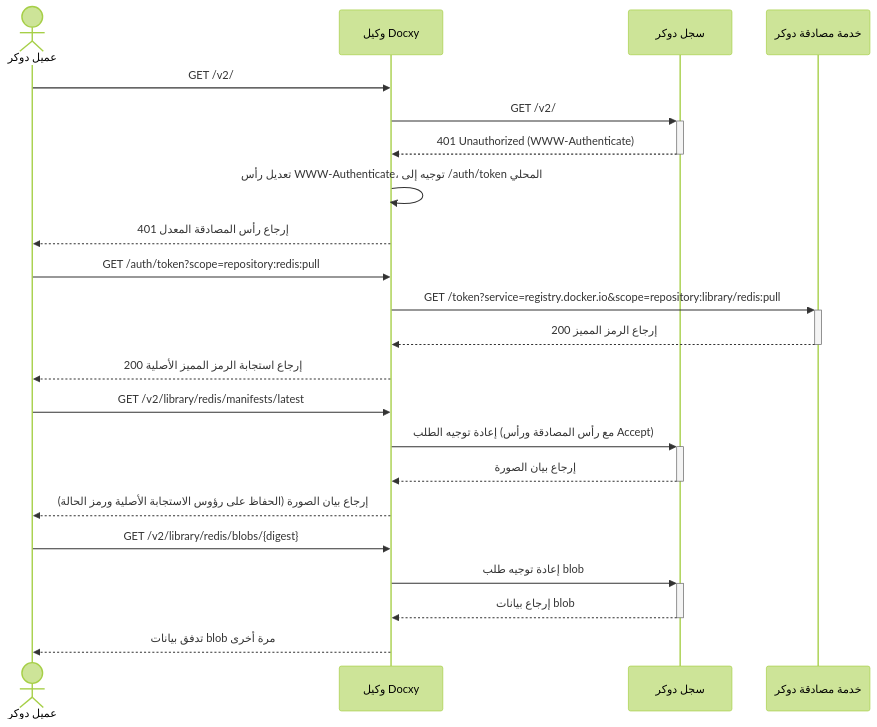
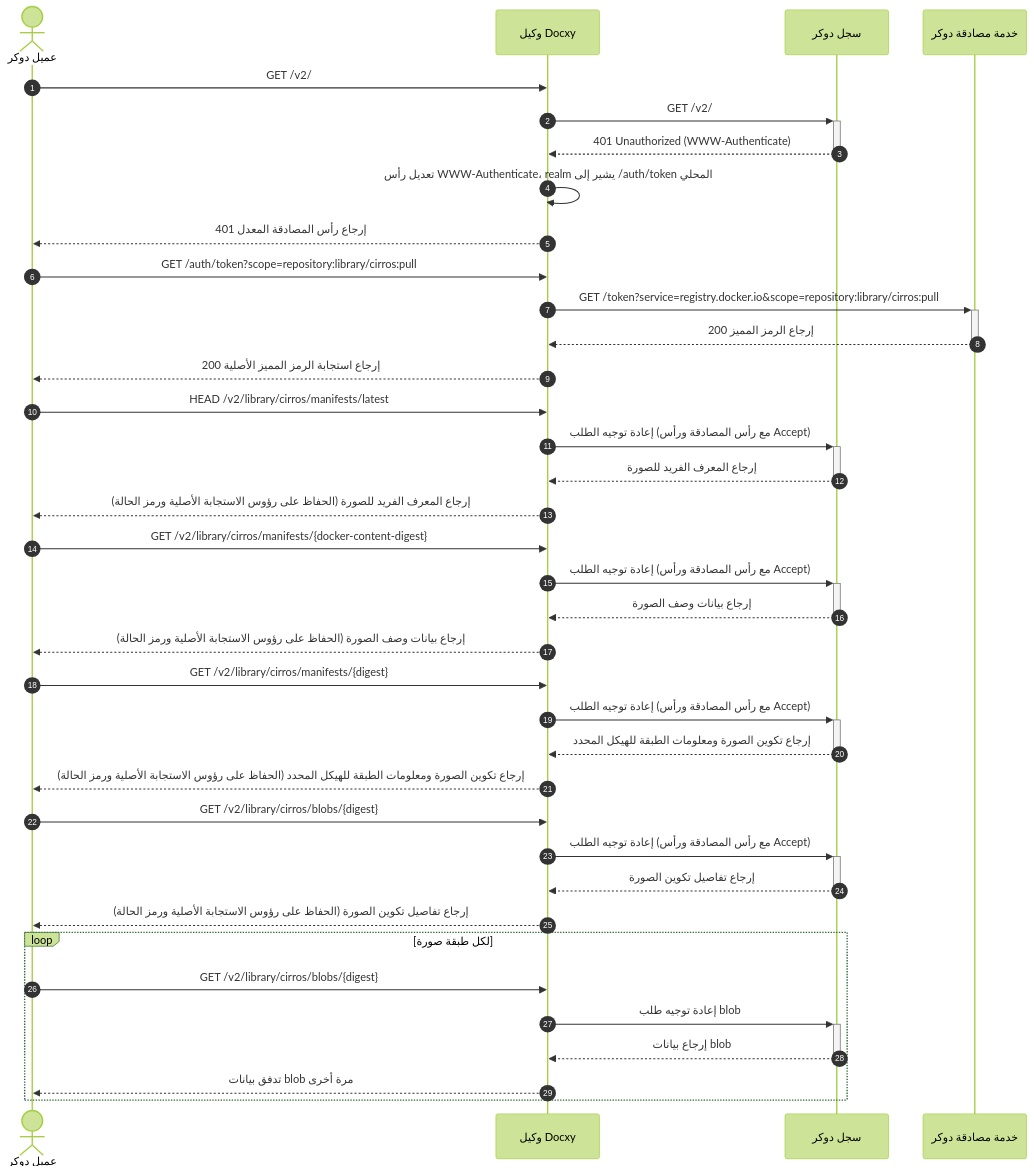
The second of 3 diagrams in README_AR.md (harrisonwang/docxy), drawn with Mermaid (forest theme) before and after one commit. The commit also changed other lines of this file and 7 other files, not shown here.

````diff
--- a/README_AR.md
+++ b/README_AR.md
@@ -90,32 +90,53 @@
 ```mermaid
 sequenceDiagram
+    autonumber
     actor Client as عميل دوكر
     participant Proxy as وكيل Docxy
     participant Registry as سجل دوكر
     participant Auth as خدمة مصادقة دوكر
     
     %% معالجة طلب التحدي
     Client->>Proxy: GET /v2/
     Proxy->>+Registry: GET /v2/
     Registry-->>-Proxy: 401 Unauthorized (WWW-Authenticate)
-    Proxy->>Proxy: تعديل رأس WWW-Authenticate، توجيه إلى /auth/token المحلي
+    Proxy->>Proxy: تعديل رأس WWW-Authenticate، realm يشير إلى /auth/token المحلي
     Proxy-->>Client: 401 إرجاع رأس المصادقة المعدل
     
     %% الحصول على الرمز المميز
-    Client->>Proxy: GET /auth/token?scope=repository:redis:pull
-    Proxy->>+Auth: GET /token?service=registry.docker.io&scope=repository:library/redis:pull
+    Client->>Proxy: GET /auth/token?scope=repository:library/cirros:pull
+    Proxy->>+Auth: GET /token?service=registry.docker.io&scope=repository:library/cirros:pull
     Auth-->>-Proxy: 200 إرجاع الرمز المميز
     Proxy-->>Client: 200 إرجاع استجابة الرمز المميز الأصلية
     
+    %% معالجة طلب هضم الصورة
+    Client->>Proxy: HEAD /v2/library/cirros/manifests/latest
+    Proxy->>+Registry: إعادة توجيه الطلب (مع رأس المصادقة ورأس Accept)
+    Registry-->>-Proxy: إرجاع المعرف الفريد للصورة
+    Proxy-->>Client: إرجاع المعرف الفريد للصورة (الحفاظ على رؤوس الاستجابة الأصلية ورمز الحالة)
+
     %% معالجة طلب بيانات وصف الصورة
-    Client->>Proxy: GET /v2/library/redis/manifests/latest
+    Client->>Proxy: GET /v2/library/cirros/manifests/{docker-content-digest}
     Proxy->>+Registry: إعادة توجيه الطلب (مع رأس المصادقة ورأس Accept)
-    Registry-->>-Proxy: إرجاع بيان الصورة
-    Proxy-->>Client: إرجاع بيان الصورة (الحفاظ على رؤوس الاستجابة الأصلية ورمز الحالة)
+    Registry-->>-Proxy: إرجاع بيانات وصف الصورة
+    Proxy-->>Client: إرجاع بيانات وصف الصورة (الحفاظ على رؤوس الاستجابة الأصلية ورمز الحالة)
+
+    %% معالجة طلب تكوين الصورة ومعلومات الطبقة
+    Client->>Proxy: GET /v2/library/cirros/manifests/{digest}
+    Proxy->>+Registry: إعادة توجيه الطلب (مع رأس المصادقة ورأس Accept)
+    Registry-->>-Proxy: إرجاع تكوين الصورة ومعلومات الطبقة للهيكل المحدد
+    Proxy-->>Client: إرجاع تكوين الصورة ومعلومات الطبقة للهيكل المحدد (الحفاظ على رؤوس الاستجابة الأصلية ورمز الحالة)
+
+    %% معالجة طلب تفاصيل تكوين الصورة
+    Client->>Proxy: GET /v2/library/cirros/blobs/{digest}
+    Proxy->>+Registry: إعادة توجيه الطلب (مع رأس المصادقة ورأس Accept)
+    Registry-->>-Proxy: إرجاع تفاصيل تكوين الصورة
+    Proxy-->>Client: إرجاع تفاصيل تكوين الصورة (الحفاظ على رؤوس الاستجابة الأصلية ورمز الحالة)
     
-    %% معالجة البيانات الثنائية
-    Client->>Proxy: GET /v2/library/redis/blobs/{digest}
-    Proxy->>+Registry: إعادة توجيه طلب blob
-    Registry-->>-Proxy: إرجاع بيانات blob
-    Proxy-->>Client: تدفق بيانات blob مرة أخرى
+    %% معالجة طلب البيانات الثنائية لطبقات الصورة (حلقة لكل طبقة)
+    loop لكل طبقة صورة
+        Client->>Proxy: GET /v2/library/cirros/blobs/{digest}
+        Proxy->>+Registry: إعادة توجيه طلب blob
+        Registry-->>-Proxy: إرجاع بيانات blob
+        Proxy-->>Client: تدفق بيانات blob مرة أخرى
+    end
 ```
````
